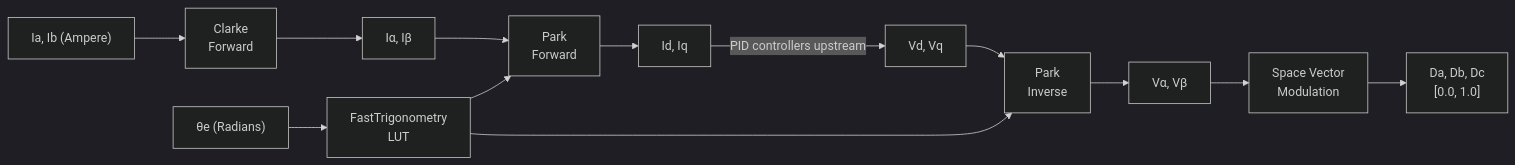
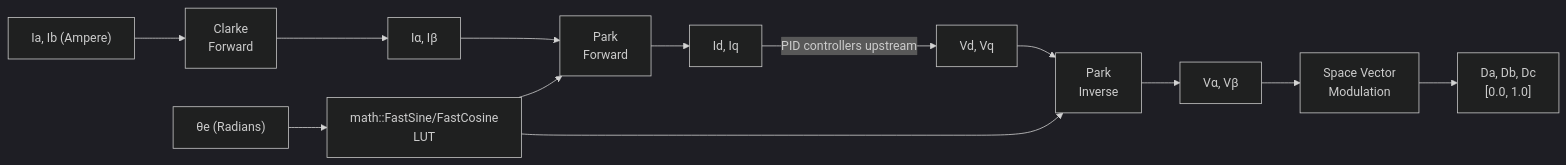
The second of 2 diagrams in documentation/design/foc-transforms.md (embedded-pro/e-foc), drawn with Mermaid (dark theme) before and after one commit. The commit also changed other lines of this file and 28 other files, not shown here.

````diff
--- a/documentation/design/foc-transforms.md
+++ b/documentation/design/foc-transforms.md
@@ -241,15 +239,15 @@
 ```mermaid
 graph LR
     Ia["Ia, Ib (Ampere)"] --> Clarke["Clarke\nForward"]
     Clarke --> Ialpha["Iα, Iβ"]
     Ialpha --> Park["Park\nForward"]
-    Theta["θe (Radians)"] --> Trig["FastTrigonometry\nLUT"]
+    Theta["θe (Radians)"] --> Trig["math::FastSine/FastCosine\nLUT"]
     Trig --> Park
     Trig --> InvPark["Park\nInverse"]
     Park --> dq["Id, Iq"]
     dq -->|PID controllers upstream| Vdq["Vd, Vq"]
     Vdq --> InvPark
     InvPark --> Vab["Vα, Vβ"]
     Vab --> SVM["Space Vector\nModulation"]
     SVM --> Duty["Da, Db, Dc\n[0.0, 1.0]"]
 ```
````
